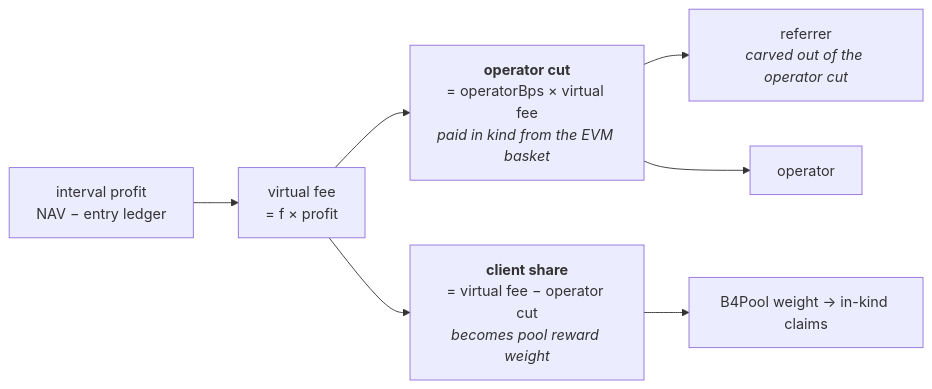
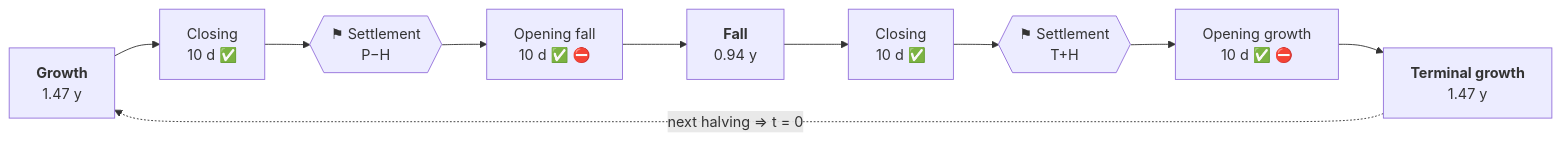
Before and after one commit to gvakhrushev/b4_core: the second of 2 diagrams in README.md, drawn with Mermaid. The commit also changed other lines of this file, not shown here.

````diff
--- a/README.md
+++ b/README.md
@@ -212,9 +112,15 @@
 ```mermaid
 flowchart LR
-    NAV["interval profit<br/>NAV − entry ledger"] --> VF["virtual fee<br/>= f × profit"]
-    VF --> OC["<b>operator cut</b><br/>= operatorBps × virtual fee<br/><i>paid in kind from the EVM basket</i>"]
-    VF --> CS["<b>client share</b><br/>= virtual fee − operator cut<br/><i>becomes pool reward weight</i>"]
-    OC --> REF["referrer<br/><i>carved out of the operator cut</i>"]
-    OC --> OP["operator"]
-    CS --> W["B4Pool weight → in-kind claims"]
+    G["<b>Growth</b><br/>1.47 y"]
+    CG["Closing<br/>10 d ✅"]
+    S1{{"⚑ Settlement<br/>P−H"}}
+    OF["Opening fall<br/>10 d ✅ ⛔"]
+    F["<b>Fall</b><br/>0.94 y"]
+    CF["Closing<br/>10 d ✅"]
+    S2{{"⚑ Settlement<br/>T+H"}}
+    OG["Opening growth<br/>10 d ✅ ⛔"]
+    TG["<b>Terminal growth</b><br/>1.47 y"]
+
+    G --> CG --> S1 --> OF --> F --> CF --> S2 --> OG --> TG
+    TG -. "next halving ⇒ t = 0" .-> G
 ```
````
